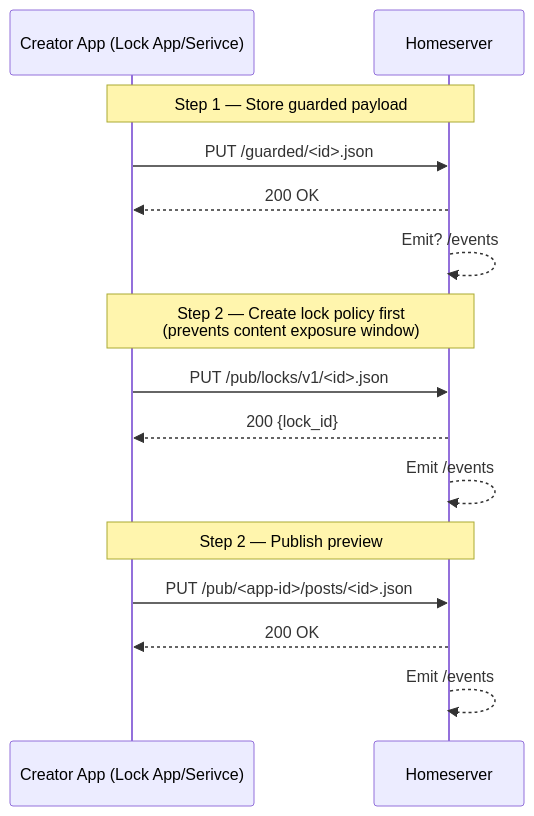
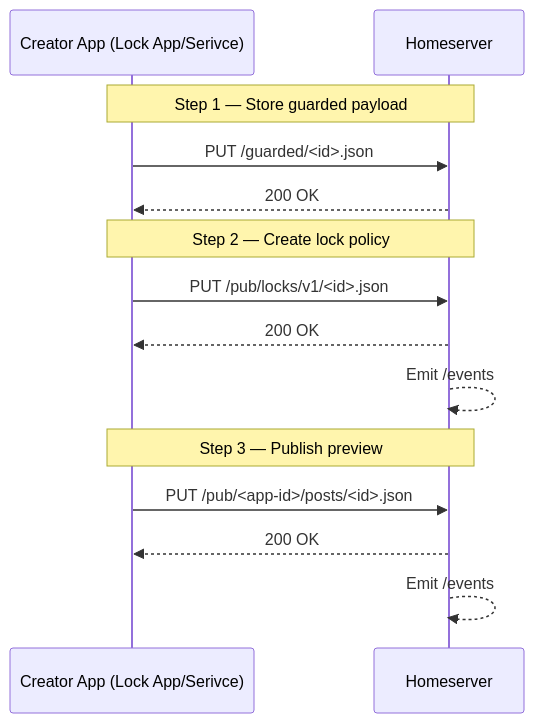
Before and after one commit to BitcoinErrorLog/pubky-locks: the first of 5 diagrams in jwt_proxy_proposal.md, drawn with Mermaid. The commit also changed other lines of this file, not shown here.

Commit message:
diagrams

````diff
--- a/jwt_proxy_proposal.md
+++ b/jwt_proxy_proposal.md
@@ -52,23 +58,21 @@
 ```mermaid
 sequenceDiagram
   participant C as Creator App (Lock App/Serivce)
   participant H as Homeserver
 
   Note over C,H: Step 1 — Store guarded payload
   C->>H: PUT /guarded/<id>.json
   H-->>C: 200 OK
 
-  H-->>H: Emit? /events
-
-  Note over C,H: Step 2 — Create lock policy first<br/>(prevents content exposure window)
+  Note over C,H: Step 2 — Create lock policy
   C->>H: PUT /pub/locks/v1/<id>.json
-  H-->>C: 200 {lock_id}
+  H-->>C: 200 OK
 
   H-->>H: Emit /events
 
-  Note over C,H: Step 2 — Publish preview
+  Note over C,H: Step 3 — Publish preview
   C->>H: PUT /pub/<app-id>/posts/<id>.json
   H-->>C: 200 OK
 
   H-->>H: Emit /events
 ```
````
